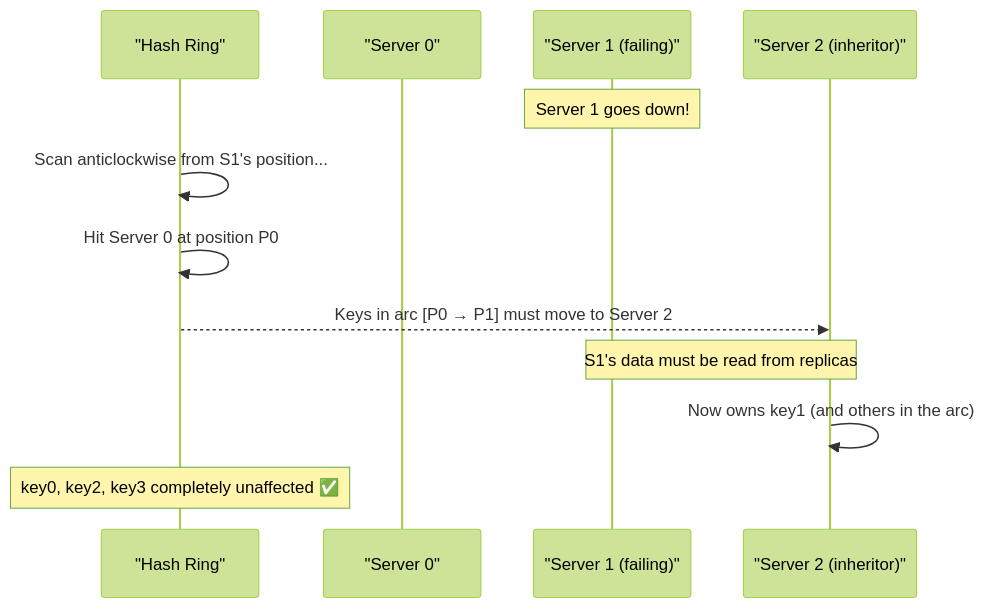
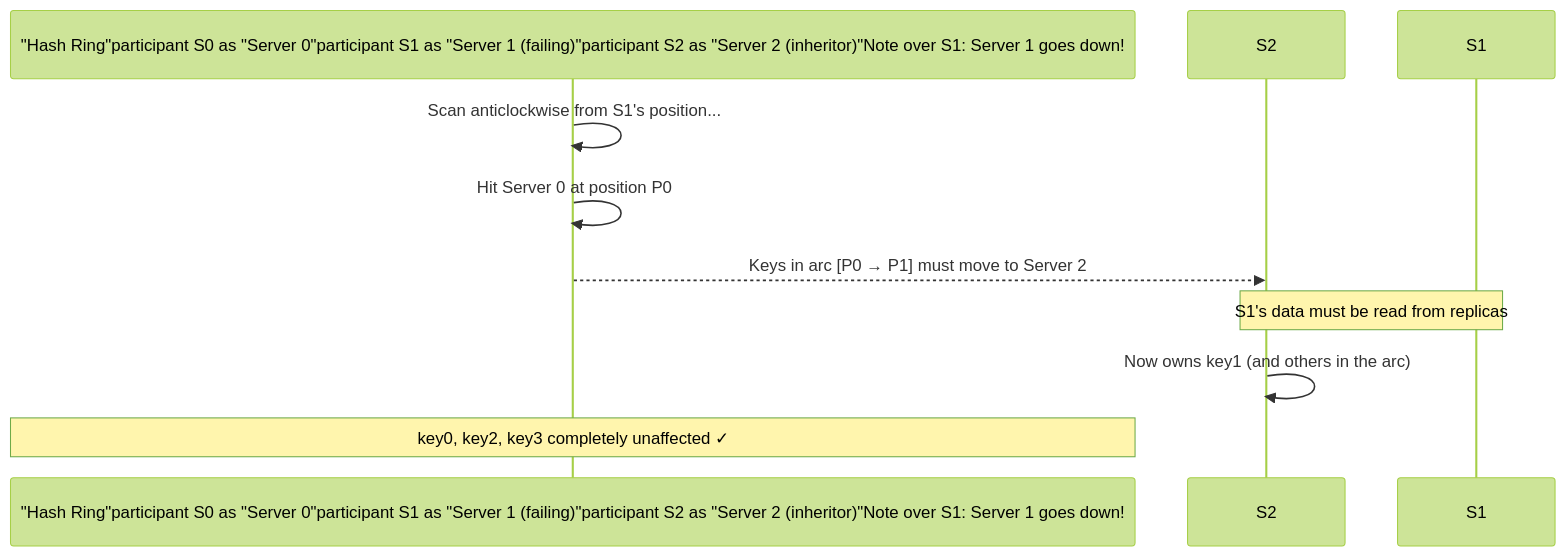
One commit to devops-monk/system-design-blog changed diagram 15 of 23 in content/posts/2026/design-consistent-hashing.md. Above: the diagram before and after it, drawn with Mermaid (forest theme). The commit also changed other lines of this file and 5 other files, not shown here.

````diff
--- a/content/posts/2026/design-consistent-hashing.md
+++ b/content/posts/2026/design-consistent-hashing.md
@@ -494,16 +529,11 @@
 ```mermaid
 sequenceDiagram
-    participant Ring as "Hash Ring"
-    participant S0 as "Server 0"
-    participant S1 as "Server 1 (failing)"
-    participant S2 as "Server 2 (inheritor)"
-
-    Note over S1: Server 1 goes down!
+    participant Ring as "Hash Ring"participant S0 as "Server 0"participant S1 as "Server 1 (failing)"participant S2 as "Server 2 (inheritor)"Note over S1: Server 1 goes down!
     Ring->>Ring: Scan anticlockwise from S1's position...
     Ring->>Ring: Hit Server 0 at position P0
     Ring-->>S2: Keys in arc [P0 → P1] must move to Server 2
 
     Note over S1,S2: S1's data must be read from replicas
     S2->>S2: Now owns key1 (and others in the arc)
-    Note over Ring: key0, key2, key3 completely unaffected ✅
+    Note over Ring: key0, key2, key3 completely unaffected ✓
 ```
````
